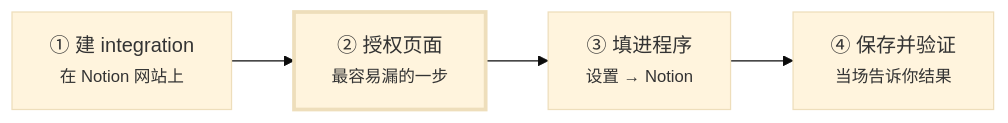
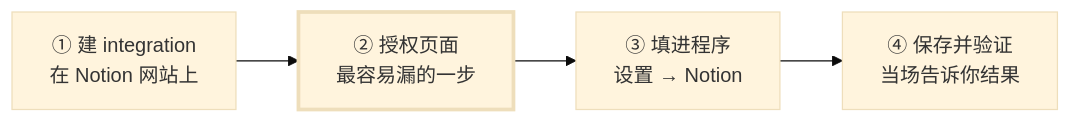
The first of 2 diagrams in docs/notion-setup.md (LethalKebab/steam-achievement-tracker), drawn with Mermaid (base theme) before and after one commit. The commit also changed other lines of this file, not shown here.

Commit message:
docs: mermaid 标签只用 <br/>,去掉 <small> 和 <b> (#27)
那两个标签只有在 mermaid 的 htmlLabels 开着时才渲染,关掉时会原样显示成标签文字。
GitHub 那边是哪种配置我没法在本地渲染验证,所以不赌 —— <br/> 到哪都支持,
层级改用行序和 ▸ 表示,渲染成什么样都读得通。

````diff
--- a/docs/notion-setup.md
+++ b/docs/notion-setup.md
@@ -10,7 +10,7 @@
 ```mermaid
 flowchart LR
-    A["① 建 integration<br/><small>在 Notion 网站上</small>"] --> B["② 授权页面<br/><small>最容易漏的一步</small>"]
-    B --> C["③ 填进程序<br/><small>设置 → Notion</small>"]
-    C --> D["④ 保存并验证<br/><small>当场告诉你结果</small>"]
+    A["① 建 integration<br/>在 Notion 网站上"] --> B["② 授权页面<br/>最容易漏的一步"]
+    B --> C["③ 填进程序<br/>设置 → Notion"]
+    C --> D["④ 保存并验证<br/>当场告诉你结果"]
     style B stroke-width:3px
 ```
````
